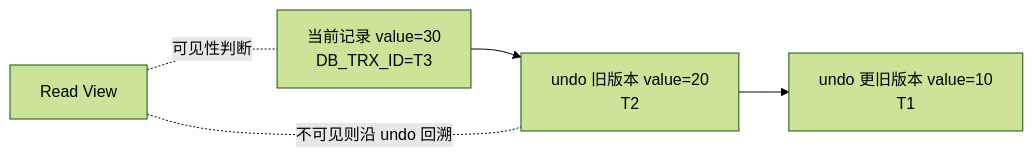
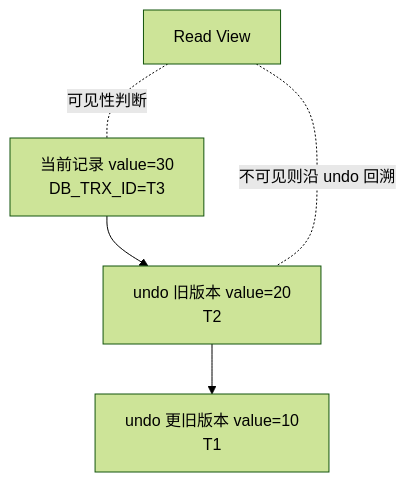
The diagram in source/_posts/learn-topic/mysql/MySQL(十)事务与MVCC.md (koco-co/hexo-blog), drawn with Mermaid (forest theme) before and after one commit. The commit also changed other lines of this file and 123 other files, not shown here.

```diff
--- a/source/_posts/learn-topic/mysql/MySQL(十)事务与MVCC.md
+++ b/source/_posts/learn-topic/mysql/MySQL(十)事务与MVCC.md
@@ -67,7 +67,7 @@
 {% mermaid %}
-flowchart LR
+flowchart TD
   N[当前记录 value=30\nDB_TRX_ID=T3] --> U[undo 旧版本 value=20\nT2]
   U --> V[undo 更旧版本 value=10\nT1]
   R[Read View] -.可见性判断.- N
   R -.不可见则沿 undo 回溯.- U
 {% endmermaid %}
```
